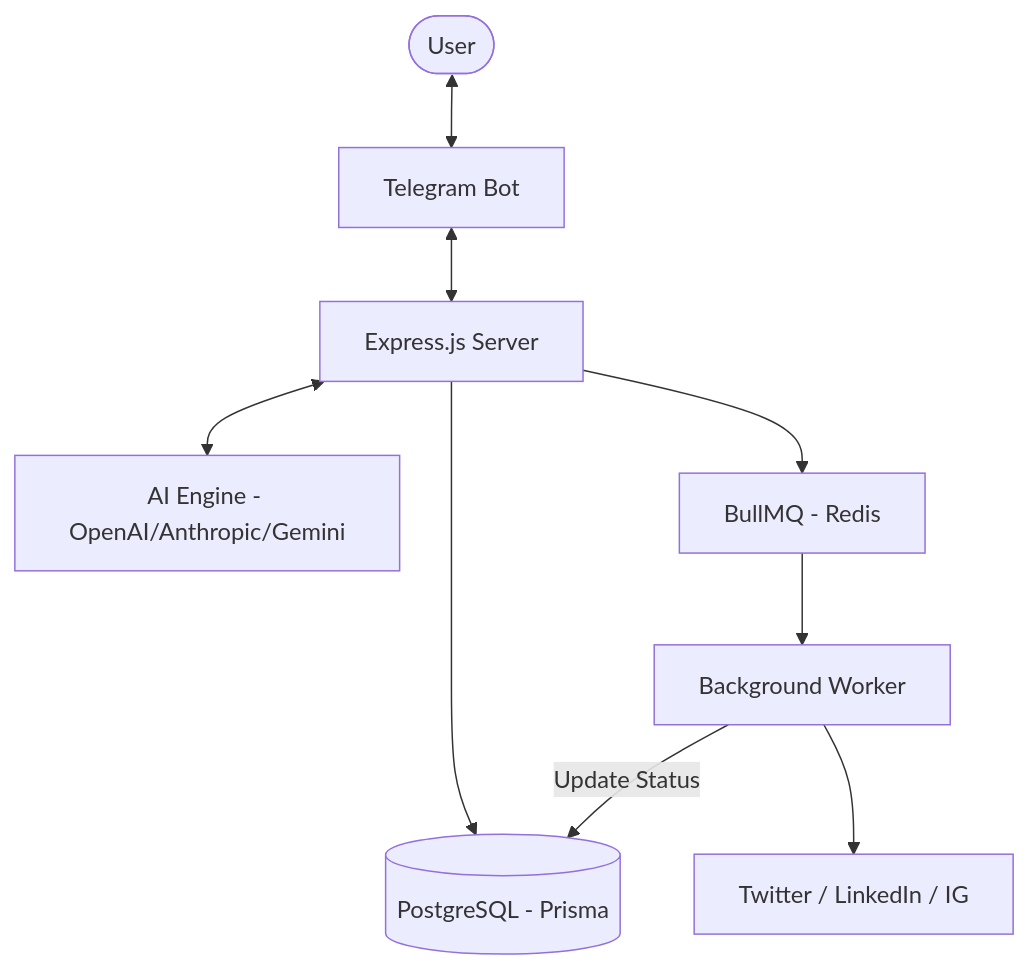
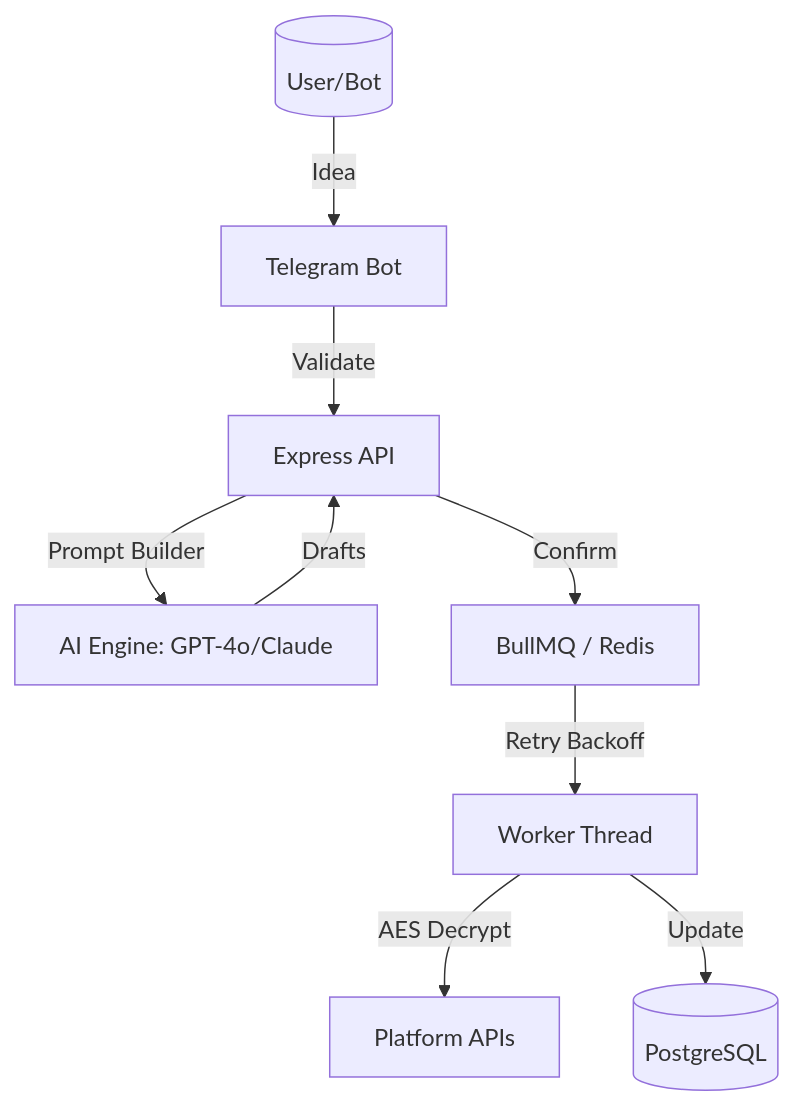
The diagram in ARCHITECTURE.md (PAMIDIROHIT/Credes), drawn with Mermaid before and after one commit. The commit also changed other lines of this file and 24 other files, not shown here.

````diff
--- a/ARCHITECTURE.md
+++ b/ARCHITECTURE.md
@@ -8,19 +4,11 @@
 ```mermaid
 graph TD
-    User([User])
-    Bot[Telegram Bot]
-    API[Express.js Server]
-    AI[AI Engine - OpenAI/Anthropic/Gemini]
-    Queue[BullMQ - Redis]
-    Worker[Background Worker]
-    DB[(PostgreSQL - Prisma)]
-    
-    User <--> Bot
-    Bot <--> API
-    API <--> AI
-    API --> DB
-    API --> Queue
-    Queue --> Worker
-    Worker --> Platforms[Twitter / LinkedIn / IG]
-    Worker -- Update Status --> DB
+    User[(User/Bot)] -->|Idea| Bot[Telegram Bot]
+    Bot -->|Validate| API[Express API]
+    API -->|Prompt Builder| AI[AI Engine: GPT-4o/Claude]
+    AI -->|Drafts| API
+    API -->|Confirm| Queue[BullMQ / Redis]
+    Queue -->|Retry Backoff| Worker[Worker Thread]
+    Worker -->|AES Decrypt| Social[Platform APIs]
+    Worker -->|Update| DB[(PostgreSQL)]
 ```
````
